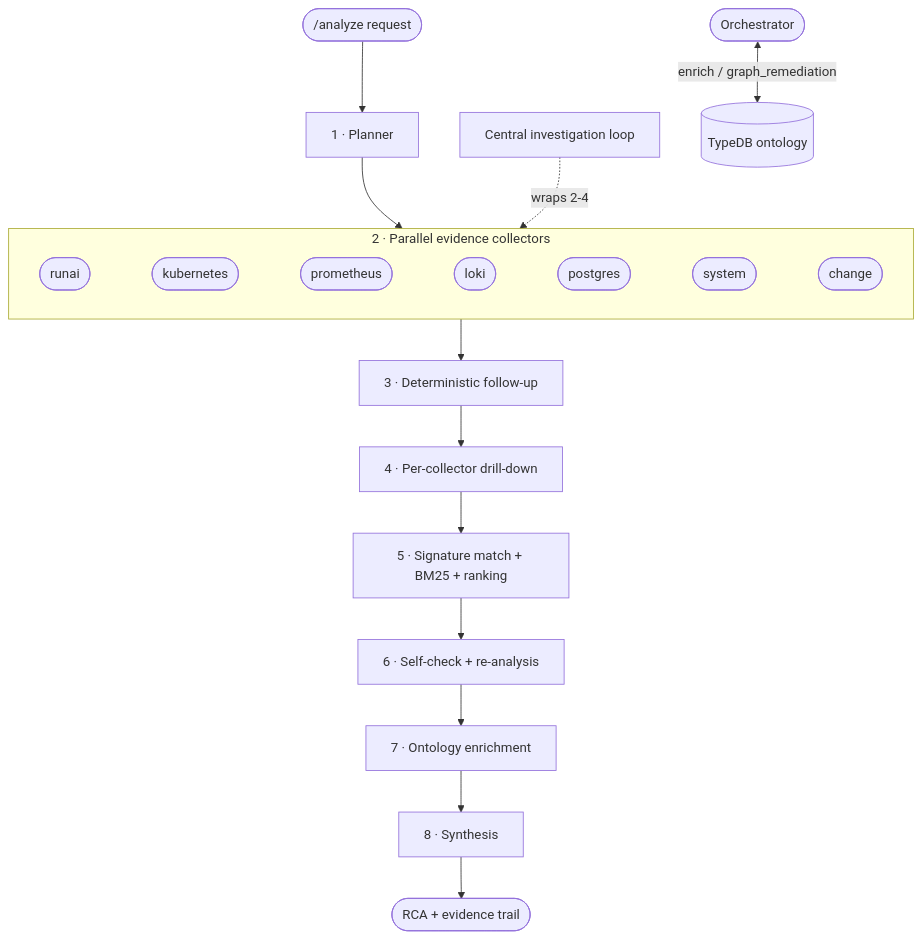
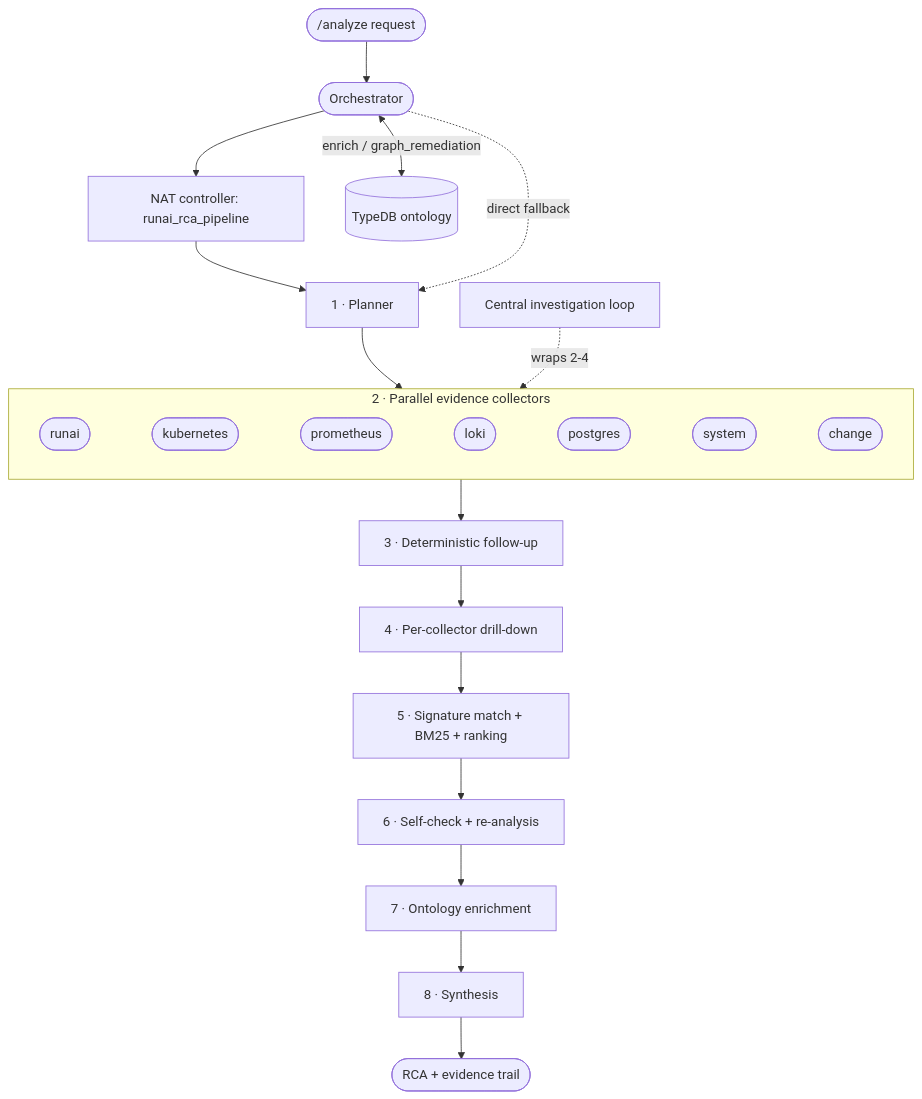
One commit to uclix-nvidia-sw/runaiRCA changed the diagram in docs/RCA-PIPELINE.md. Above: the diagram before and after it, drawn with Mermaid. The commit also changed other lines of this file and 67 other files, not shown here.

````diff
--- a/docs/RCA-PIPELINE.md
+++ b/docs/RCA-PIPELINE.md
@@ -16,18 +19,21 @@
 ```mermaid
 flowchart TD
-  REQ([/analyze request]) --> PLAN
+  REQ([/analyze request]) --> ORCH([Orchestrator])
+  ORCH --> NAT[NAT controller: runai_rca_pipeline]
+  NAT --> PLAN
+  ORCH -. direct fallback .-> PLAN
   PLAN[1 · Planner] --> COLL
   subgraph COLL["2 · Parallel evidence collectors"]
     direction LR
     RA([runai]) ~~~ KA([kubernetes]) ~~~ PA([prometheus]) ~~~ LA([loki]) ~~~ DBA([postgres]) ~~~ SA([system]) ~~~ CA([change])
   end
   COLL --> FOLL[3 · Deterministic follow-up]
   FOLL --> DRILL[4 · Per-collector drill-down]
   DRILL --> SIG[5 · Signature match + BM25 + ranking]
   SIG --> CHK[6 · Self-check + re-analysis]
   CHK --> KG[7 · Ontology enrichment]
   KG --> SYN[8 · Synthesis]
   SYN --> RESP([RCA + evidence trail])
   INV[Central investigation loop] -.->|wraps 2-4| COLL
-  ORCH([Orchestrator]) <-->|"enrich / graph_remediation"| TDB[(TypeDB ontology)]
+  ORCH <-->|"enrich / graph_remediation"| TDB[(TypeDB ontology)]
 ```
````
